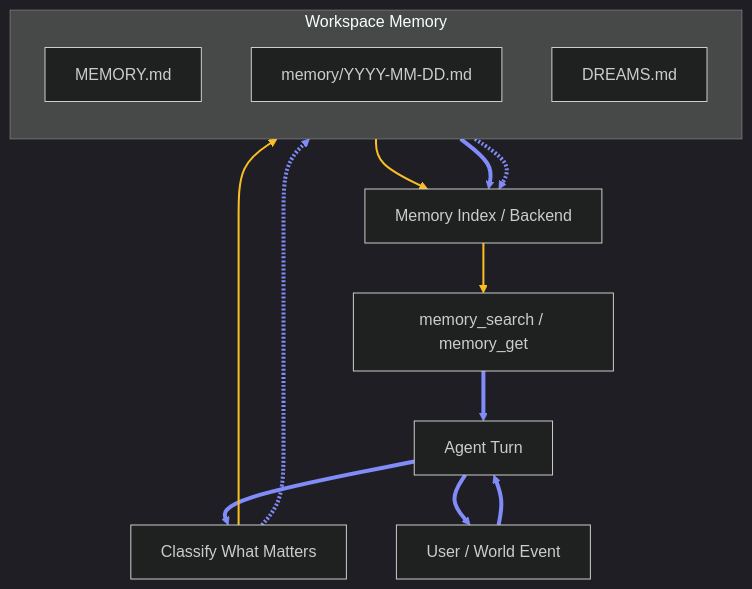
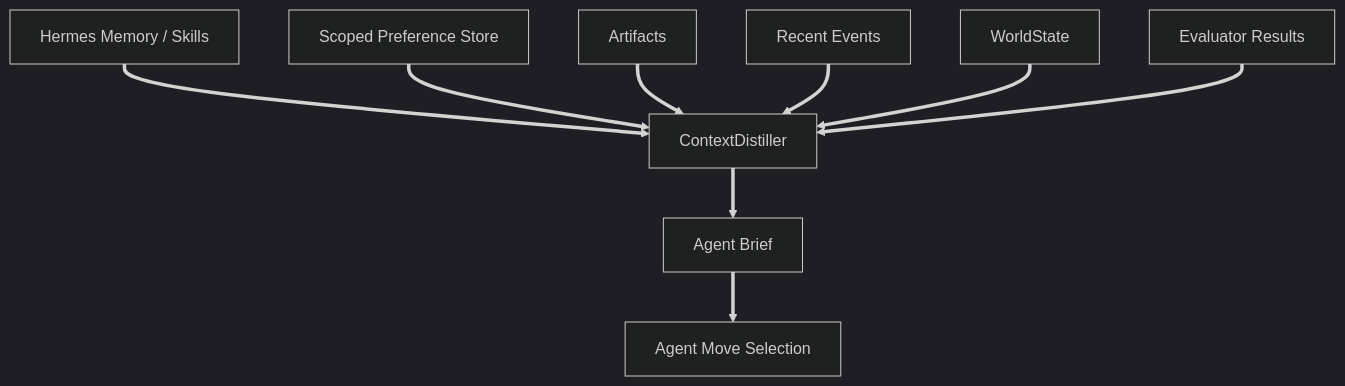
The first of 2 diagrams in content/chapter-2.2.md (nyandesigns0/openclaw-guide), drawn with Mermaid (dark theme) before and after one commit. The commit also changed other lines of this file and 12 other files, not shown here.

Commit message:
docs: update chapters 1.1, 1.2, 2.1, 2.2, and 2.3 to define A.A.S. Field Runtime architecture, agent models, memory structures, and design principles

````diff
--- a/content/chapter-2.2.md
+++ b/content/chapter-2.2.md
@@ -16,25 +15,12 @@
 ```mermaid
 %%{init: {'flowchart': {'arrowMarkerSize': 1.5}}}%%
 flowchart TD
-    U[User / World Event] ==> A[Agent Turn]
-    A ==> C[Classify What Matters]
-
-    subgraph Workspace_Memory [Workspace Memory]
-        direction TB
-        L1[MEMORY.md]
-        L2[memory/YYYY-MM-DD.md]
-        L3[DREAMS.md]
-    end
-
-    C ==> L2
-    C -.-> L1
-    L2 ==> I[Memory Index / Backend]
-    L1 ==> I
-    L3 -.-> I
-    I ==> R[memory_search / memory_get]
-    R ==> A
-    A ==> U
-
-    linkStyle 0,1,3,5,6,8,9 stroke:#818cf8,stroke-width:4px
-    linkStyle 2,4,7 stroke:#fbbf24,stroke-width:2px
+    MEM[Hermes Memory / Skills] ==> CD[ContextDistiller]
+    PREF[Scoped Preference Store] ==> CD
+    ART[Artifacts] ==> CD
+    EVT[Recent Events] ==> CD
+    WS[WorldState] ==> CD
+    EVAL[Evaluator Results] ==> CD
+    CD ==> AB[Agent Brief]
+    AB ==> AG[Agent Move Selection]
 ```
````
